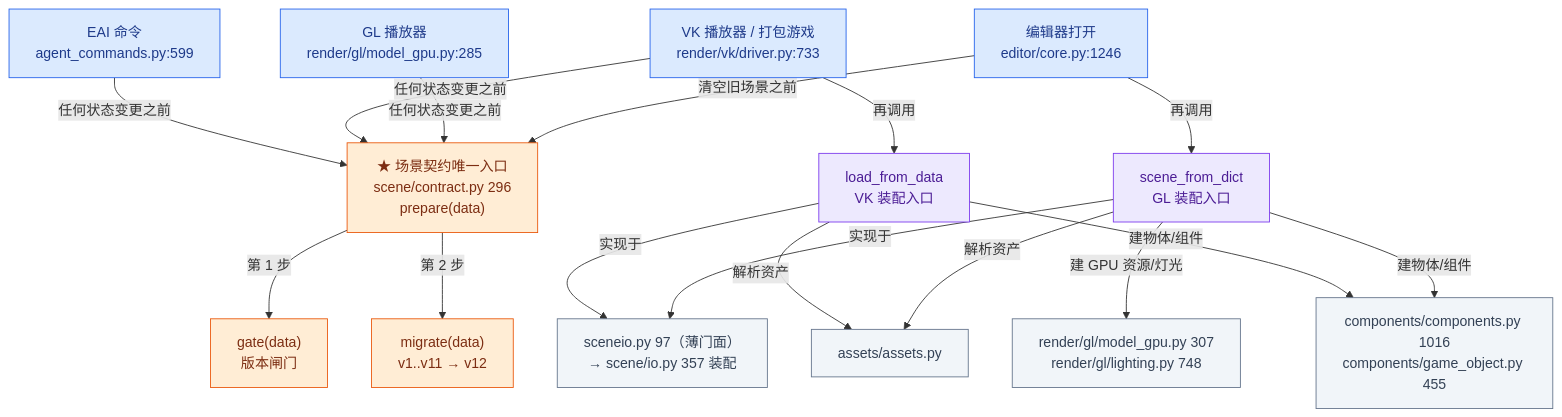
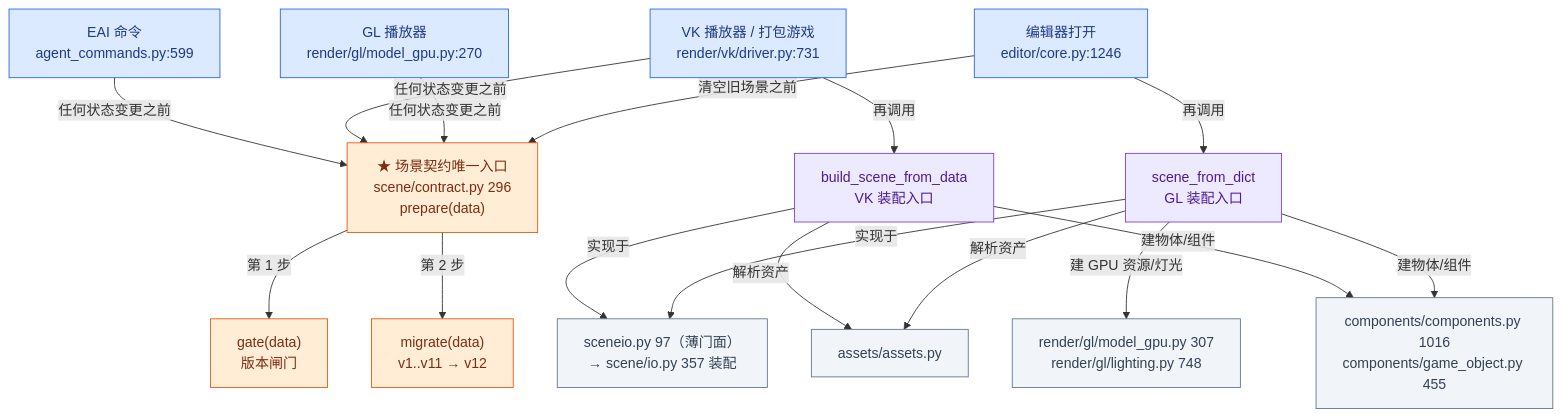
One commit to lhy302/WeaveEngine changed the sixth of 23 diagrams in ARCHITECTURE.md. Above: the diagram before and after it, drawn with Mermaid. The commit also changed other lines of this file, not shown here.

Commit message:
B7-55~59 架构图同步：23 图按实况刷新（HEAD 01ca8a9；168 .py/63431 行；+7 门 + test_hub_update 106；run_all ~170 文件/6341 PASS/0 FAIL）

````diff
--- a/ARCHITECTURE.md
+++ b/ARCHITECTURE.md
@@ -329,35 +346,35 @@
 ```mermaid
 flowchart TB
   E1["编辑器打开<br/>editor/core.py:1246"]:::entry
-  E2["GL 播放器<br/>render/gl/model_gpu.py:285"]:::entry
-  E3["VK 播放器 / 打包游戏<br/>render/vk/driver.py:733"]:::entry
+  E2["GL 播放器<br/>render/gl/model_gpu.py:270"]:::entry
+  E3["VK 播放器 / 打包游戏<br/>render/vk/driver.py:731"]:::entry
   E4["EAI 命令<br/>agent_commands.py:599"]:::entry
   C["★ 场景契约唯一入口<br/>scene/contract.py 296<br/>prepare(data)"]:::contract
   G1["gate(data)<br/>版本闸门"]:::contract
   G2["migrate(data)<br/>v1..v11 → v12"]:::contract
   A1["scene_from_dict<br/>GL 装配入口"]:::facade
-  A2["load_from_data<br/>VK 装配入口"]:::facade
+  A2["build_scene_from_data<br/>VK 装配入口"]:::facade
   F1["sceneio.py 97（薄门面）<br/>→ scene/io.py 357 装配"]:::file
   F2["assets/assets.py"]:::file
   F3["components/components.py 1016<br/>components/game_object.py 455"]:::file
   F4["render/gl/model_gpu.py 307<br/>render/gl/lighting.py 748"]:::file
   E1 -->|清空旧场景之前| C
   E2 -->|任何状态变更之前| C
   E3 -->|任何状态变更之前| C
   E4 -->|任何状态变更之前| C
   C -->|第 1 步| G1
   C -->|第 2 步| G2
   E1 -->|再调用| A1
   E3 -->|再调用| A2
   A1 -->|实现于| F1
   A2 -->|实现于| F1
   A1 -->|解析资产| F2
   A2 -->|解析资产| F2
   A1 -->|建物体/组件| F3
   A1 -->|建 GPU 资源/灯光| F4
   A2 -->|建物体/组件| F3
   classDef entry fill:#dbeafe,stroke:#2563eb,color:#1e3a8a
   classDef facade fill:#ede9fe,stroke:#7c3aed,color:#4c1d95
   classDef contract fill:#ffedd5,stroke:#ea580c,color:#7c2d12
   classDef file fill:#f1f5f9,stroke:#64748b,color:#334155
 ```
````
